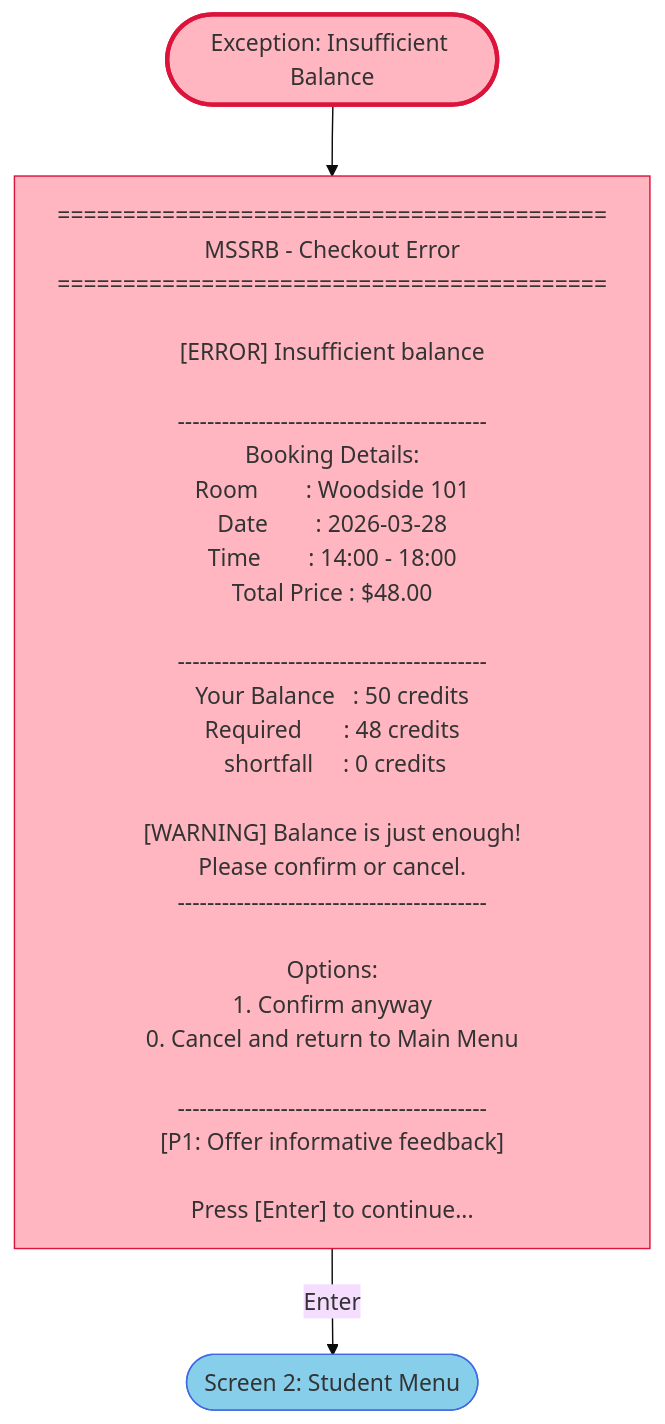
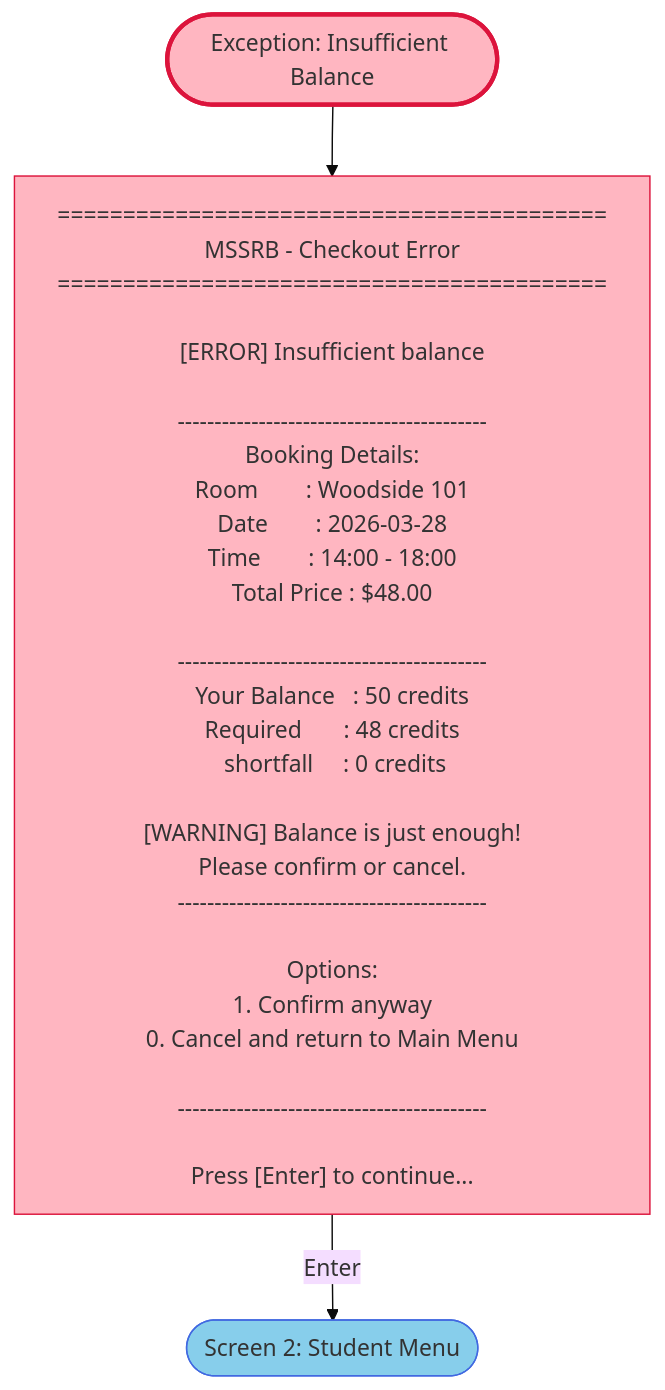
The diagram in mermaid/member_a/exception_insufficient_balance.mmd (alii0110-monash/fit5136-study-room-booking), drawn with Mermaid (base theme) before and after one commit. The commit also changed 12 other files, not shown here.

```diff
--- a/mermaid/member_a/exception_insufficient_balance.mmd
+++ b/mermaid/member_a/exception_insufficient_balance.mmd
@@ -1,44 +1,43 @@
 flowchart TB
     ERROR_BALANCE(["Exception: Insufficient Balance"])
 
     B1["
 ==========================================
 MSSRB - Checkout Error
 ==========================================
 
 [ERROR] Insufficient balance
 
 ------------------------------------------
 Booking Details:
 Room        : Woodside 101
 Date        : 2026-03-28
 Time        : 14:00 - 18:00
 Total Price : $48.00
 
 ------------------------------------------
 Your Balance   : 50 credits
 Required       : 48 credits
  shortfall     : 0 credits
 
 [WARNING] Balance is just enough!
 Please confirm or cancel.
 ------------------------------------------
 
 Options:
 1. Confirm anyway
 0. Cancel and return to Main Menu
 
 ------------------------------------------
-[P1: Offer informative feedback]
 
 Press [Enter] to continue...
     "]
 
     STUDENT_MENU(["Screen 2: Student Menu"])
 
     ERROR_BALANCE --> B1
     B1 -->|"Enter"| STUDENT_MENU
 
     style ERROR_BALANCE fill:#FFB6C1,stroke:#DC143C,stroke-width:3px
     style B1 fill:#FFB6C1,stroke:#DC143C
     style STUDENT_MENU fill:#87CEEB,stroke:#4169E1
```
